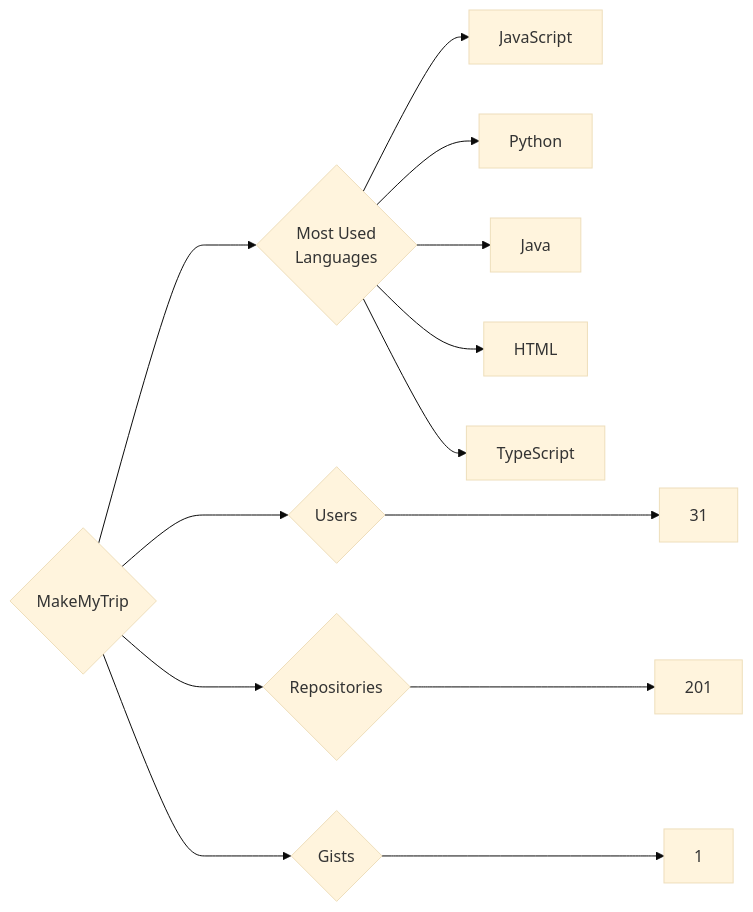
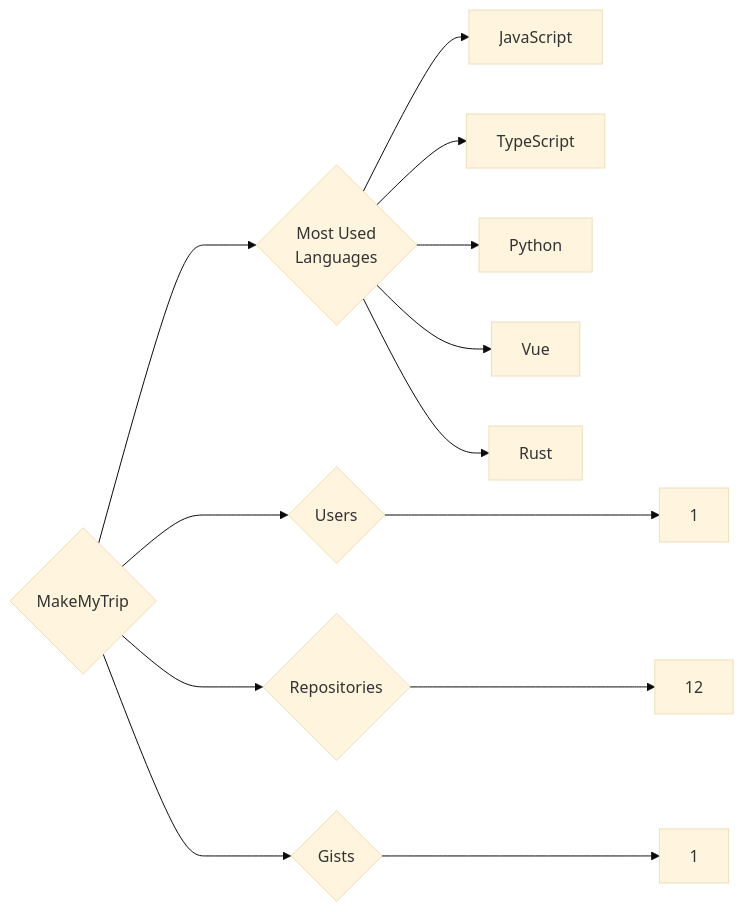
One commit to trickest/insiders changed the diagram in targets/MakeMyTrip/README.md. Above: the diagram before and after it, drawn with Mermaid (base theme). The commit also changed 930 other files, not shown here.

````diff
--- a/targets/MakeMyTrip/README.md
+++ b/targets/MakeMyTrip/README.md
@@ -3,13 +3,13 @@
 ```mermaid
 graph LR
 COMPANY_NAME{MakeMyTrip}
-COMPANY_NAME ---> U{Users} ---> UN[31]
-COMPANY_NAME ---> R{Repositories} ---> RN[201]
+COMPANY_NAME ---> U{Users} ---> UN[1]
+COMPANY_NAME ---> R{Repositories} ---> RN[12]
 COMPANY_NAME ---> G{Gists} ---> GN[1]
 COMPANY_NAME ---> ML{Most Used<br>Languages}
 ML --> JavaScript[JavaScript]
+ML --> TypeScript[TypeScript]
 ML --> Python[Python]
-ML --> Java[Java]
-ML --> HTML[HTML]
-ML --> TypeScript[TypeScript]
+ML --> Vue[Vue]
+ML --> Rust[Rust]
 ```
````
